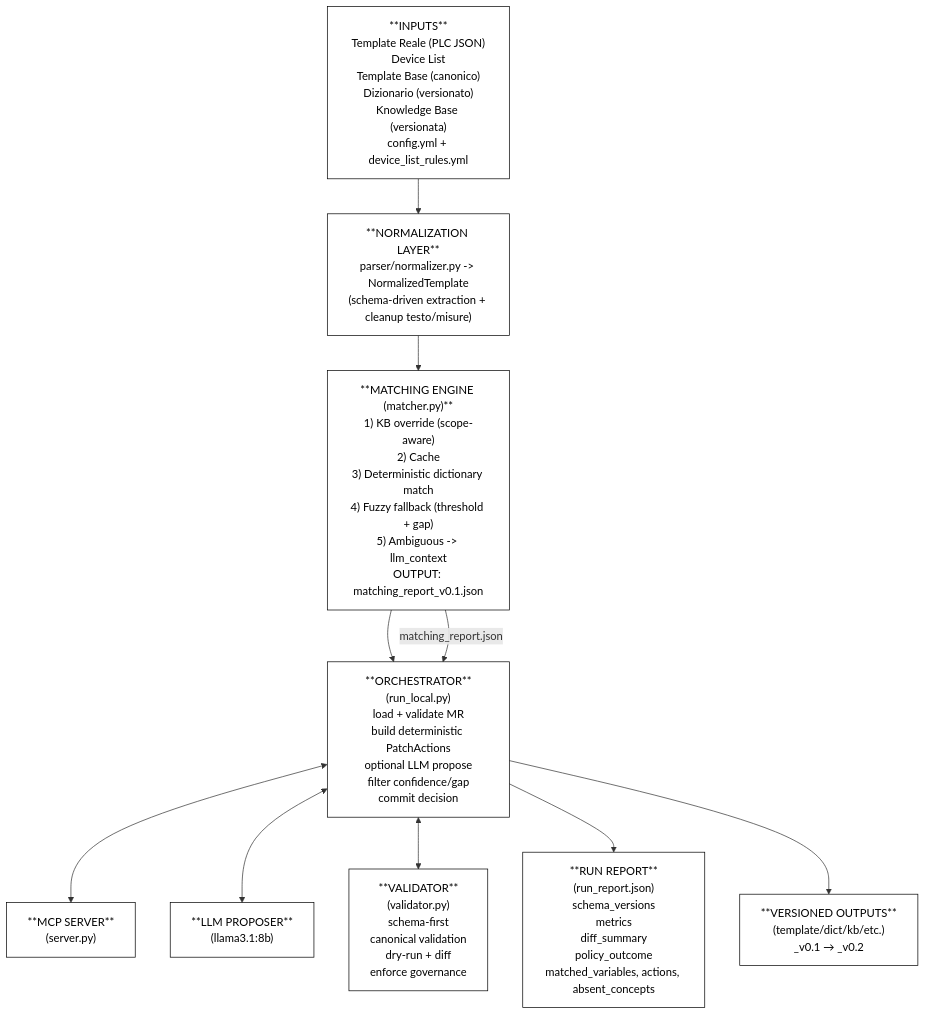
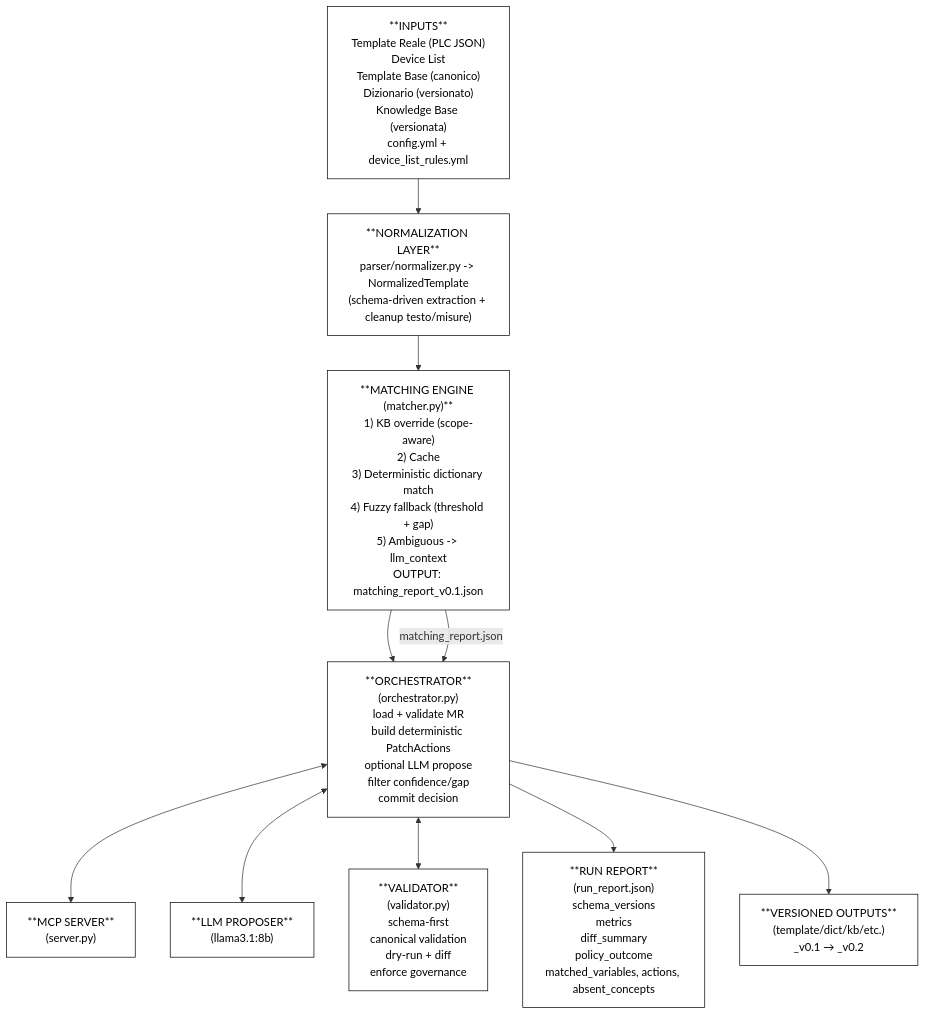
One commit to RiccardoLunardelli/ProgettoAI-Mosaico changed the diagram in doc/15_architettura/README.md. Above: the diagram before and after it, drawn with Mermaid. The commit also changed 27 other files, not shown here.

````diff
--- a/doc/15_architettura/README.md
+++ b/doc/15_architettura/README.md
@@ -8,24 +8,24 @@
 ```mermaid
 flowchart TD
   classDef plain fill:#ffffff,stroke:#000000,color:#000000,stroke-width:1px;
 
   A["**INPUTS**<br/>Template Reale (PLC JSON)<br/>Device List<br/>Template Base (canonico)<br/>Dizionario (versionato)<br/>Knowledge Base (versionata)<br/>config.yml + device_list_rules.yml"]
   B["**NORMALIZATION LAYER**<br/>parser/normalizer.py -> NormalizedTemplate<br/>(schema-driven extraction + cleanup testo/misure)"]
   C["**MATCHING ENGINE (matcher.py)**<br/>1) KB override (scope-aware)<br/>2) Cache<br/>3) Deterministic dictionary match<br/>4) Fuzzy fallback (threshold + gap)<br/>5) Ambiguous -> llm_context<br/>OUTPUT: matching_report_v0.1.json"]
   D["**MCP SERVER**<br/>(server.py)"]
-  E["**ORCHESTRATOR**<br/>(run_local.py)<br/>load + validate MR<br/>build deterministic PatchActions<br/>optional LLM propose<br/>filter confidence/gap<br/>commit decision"]
+  E["**ORCHESTRATOR**<br/>(orchestrator.py)<br/>load + validate MR<br/>build deterministic PatchActions<br/>optional LLM propose<br/>filter confidence/gap<br/>commit decision"]
   F["**LLM PROPOSER**<br/>(llama3.1:8b)"]
   G["**VALIDATOR**<br/>(validator.py)<br/>schema-first<br/>canonical validation<br/>dry-run + diff<br/>enforce governance"]
   H["**RUN REPORT**<br/>(run_report.json)<br/>schema_versions<br/>metrics<br/>diff_summary<br/>policy_outcome<br/>matched_variables, actions, absent_concepts"]
   I["**VERSIONED OUTPUTS**<br/>(template/dict/kb/etc.)<br/>_v0.1 → _v0.2"]
 
   A --> B --> C --> E
   C -->|matching_report.json| E
   E <--> D
   E <--> F
   E <--> G
   E --> H
   E --> I
 
   class A,B,C,D,E,F,G,H,I plain
  ```
````
